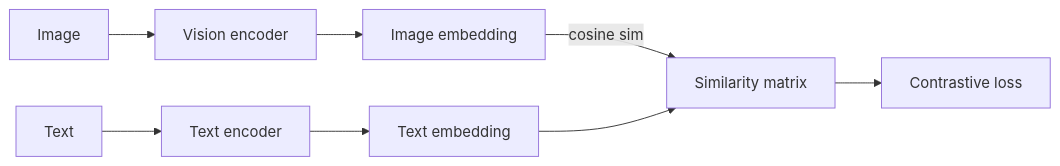
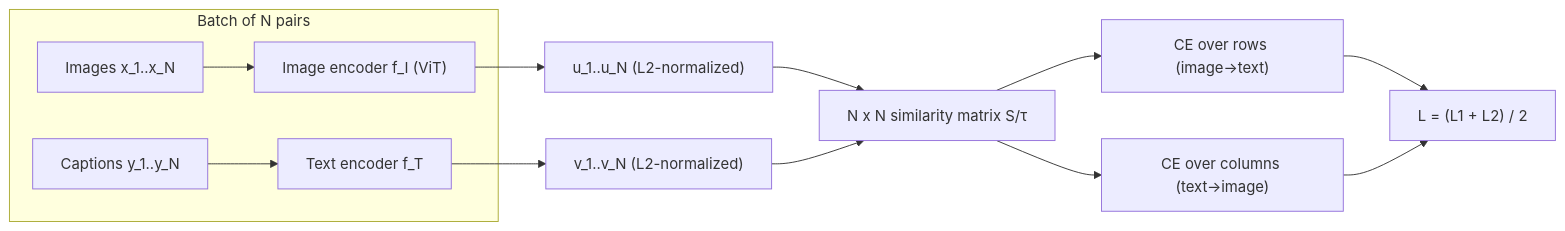
Before and after one commit to ABHIRAM3007/itp: the first of 4 diagrams in roadmap/phase-4-cv/05-multimodal.md, drawn with Mermaid. The commit also changed other lines of this file and 16 other files, not shown here.

````diff
--- a/roadmap/phase-4-cv/05-multimodal.md
+++ b/roadmap/phase-4-cv/05-multimodal.md
@@ -60,8 +134,15 @@
 ```mermaid
 flowchart LR
-    IM["Image"] --> VI["Vision encoder"] --> IE["Image embedding"]
-    TX["Text"] --> TE["Text encoder"] --> TT["Text embedding"]
-    IE -->|cosine sim| M["Similarity matrix"]
-    TT --> M
-    M --> C["Contrastive loss"]
+    subgraph Batch["Batch of N pairs"]
+        I1["Images x_1..x_N"] --> VE["Image encoder f_I (ViT)"]
+        T1["Captions y_1..y_N"] --> TE["Text encoder f_T"]
+    end
+    VE --> U["u_1..u_N (L2-normalized)"]
+    TE --> V["v_1..v_N (L2-normalized)"]
+    U --> S["N x N similarity matrix S/τ"]
+    V --> S
+    S --> L1["CE over rows (image→text)"]
+    S --> L2["CE over columns (text→image)"]
+    L1 --> L["L = (L1 + L2) / 2"]
+    L2 --> L
 ```
````
